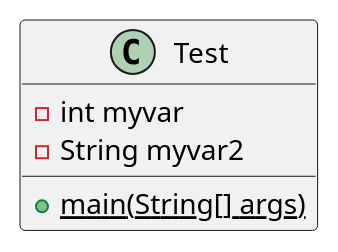
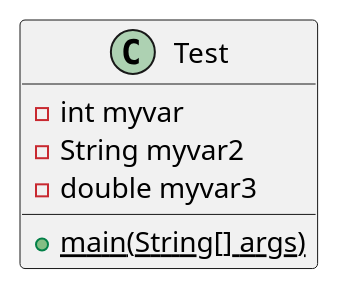
Before and after one commit to andrewdimmer/csi-3370-software-project-config-test: the diagram in docs/uml/test.puml, drawn with PlantUML.

```diff
--- a/docs/uml/test.puml
+++ b/docs/uml/test.puml
@@ -1,9 +1,10 @@
 @startuml test
 
 class Test {
     - int myvar
     - String myvar2
+    - double myvar3
     {static} + main(String[] args)
 }
 
 @enduml
```
